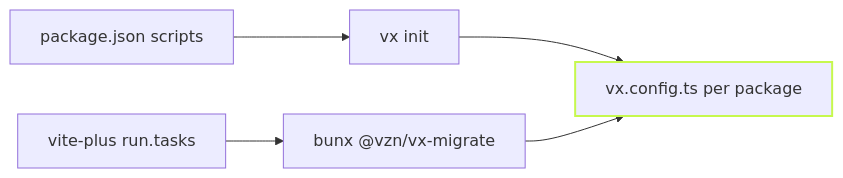
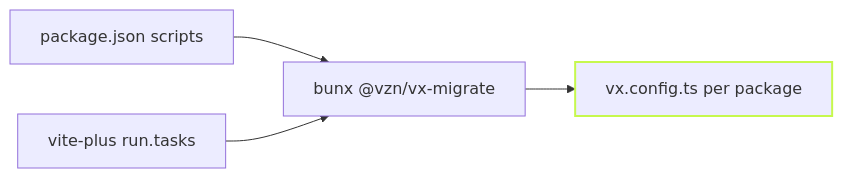
One commit to vznjs/vx changed the diagram in packages/vx-docs/src/content/docs/blog/from-scripts-and-vite-task.md. Above: the diagram before and after it, drawn with Mermaid. The commit also changed other lines of this file and 3 other files, not shown here.

First line of the commit message:
docs(vx-docs): name vx-migrate where init no longer maps scripts

````diff
--- a/packages/vx-docs/src/content/docs/blog/from-scripts-and-vite-task.md
+++ b/packages/vx-docs/src/content/docs/blog/from-scripts-and-vite-task.md
@@ -16,8 +16,7 @@
 ```mermaid
 flowchart LR
-  S[package.json scripts] --> I[vx init]
-  V[vite-plus run.tasks] --> M[bunx @vzn/vx-migrate]
-  I --> C[vx.config.ts per package]
-  M --> C
+  S[package.json scripts] --> M[bunx @vzn/vx-migrate]
+  V[vite-plus run.tasks] --> M
+  M --> C[vx.config.ts per package]
   style C stroke:#c6f84e,stroke-width:2px
 ```
````
